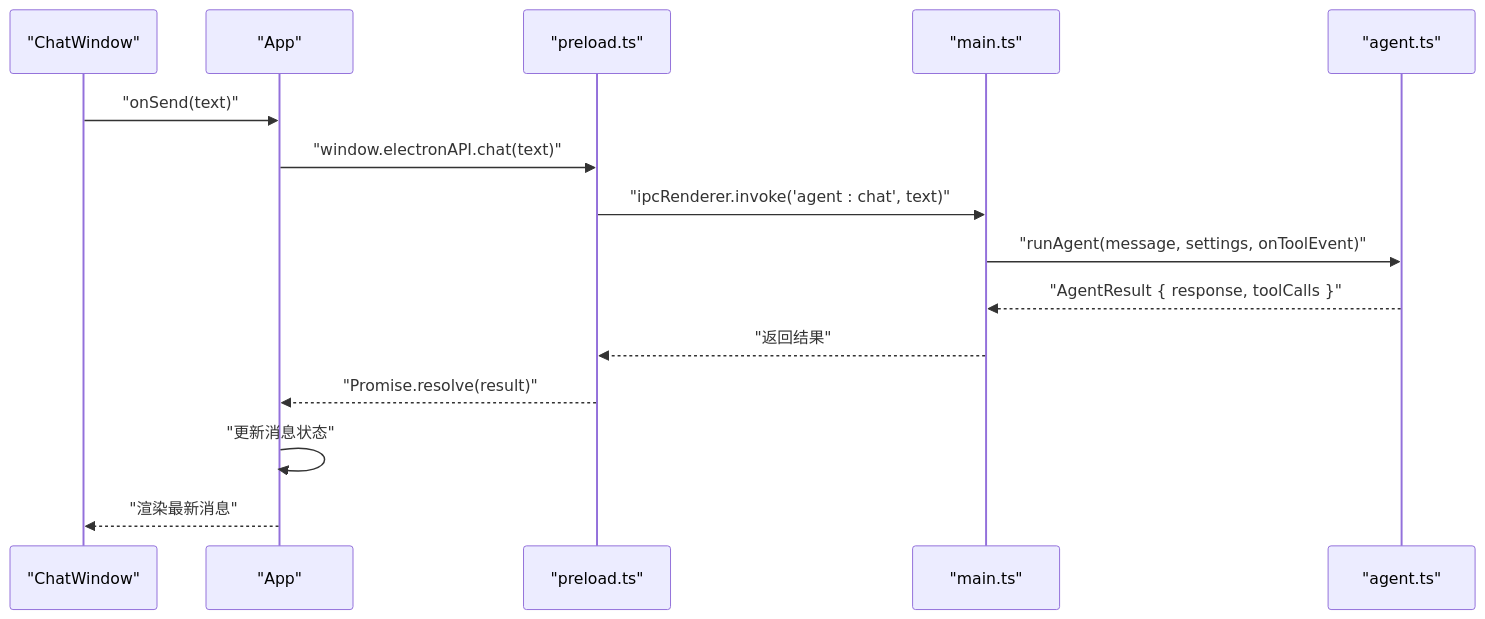
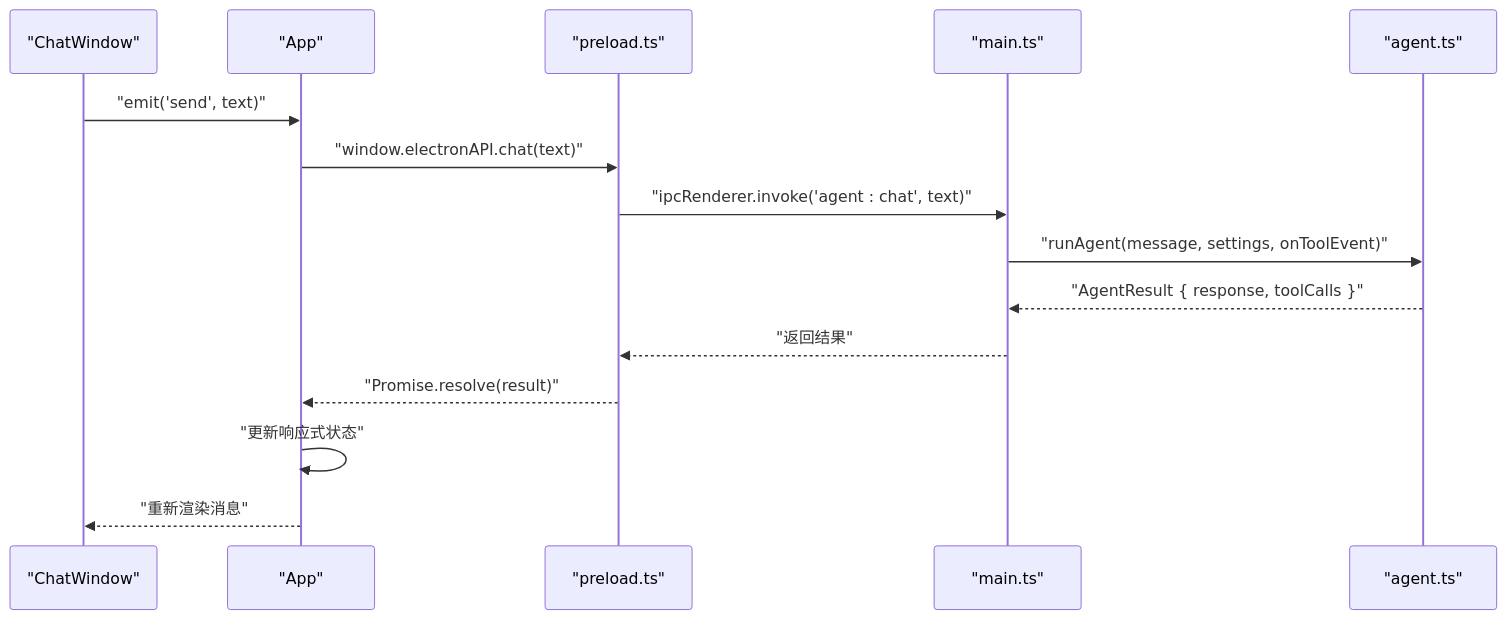
The second of 9 diagrams in .qoder/repowiki/zh/content/系统架构/渲染器进程架构.md (hallllla/QAQ-Agent), drawn with Mermaid before and after one commit. The commit also changed other lines of this file and 23 other files, not shown here.

````diff
--- a/.qoder/repowiki/zh/content/系统架构/渲染器进程架构.md
+++ b/.qoder/repowiki/zh/content/系统架构/渲染器进程架构.md
@@ -127,17 +140,17 @@
 ```mermaid
 sequenceDiagram
 participant UI as "ChatWindow"
 participant App as "App"
 participant Preload as "preload.ts"
 participant Main as "main.ts"
 participant Agent as "agent.ts"
-UI->>App : "onSend(text)"
+UI->>App : "emit('send', text)"
 App->>Preload : "window.electronAPI.chat(text)"
 Preload->>Main : "ipcRenderer.invoke('agent : chat', text)"
 Main->>Agent : "runAgent(message, settings, onToolEvent)"
 Agent-->>Main : "AgentResult { response, toolCalls }"
 Main-->>Preload : "返回结果"
 Preload-->>App : "Promise.resolve(result)"
-App->>App : "更新消息状态"
-App-->>UI : "渲染最新消息"
+App->>App : "更新响应式状态"
+App-->>UI : "重新渲染消息"
 ```
````
